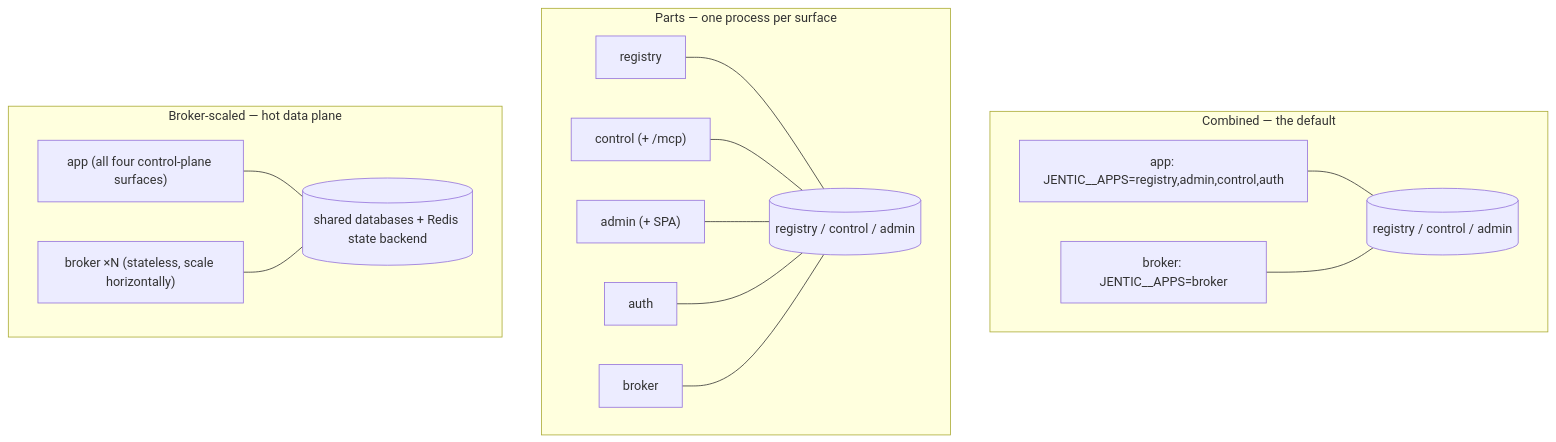
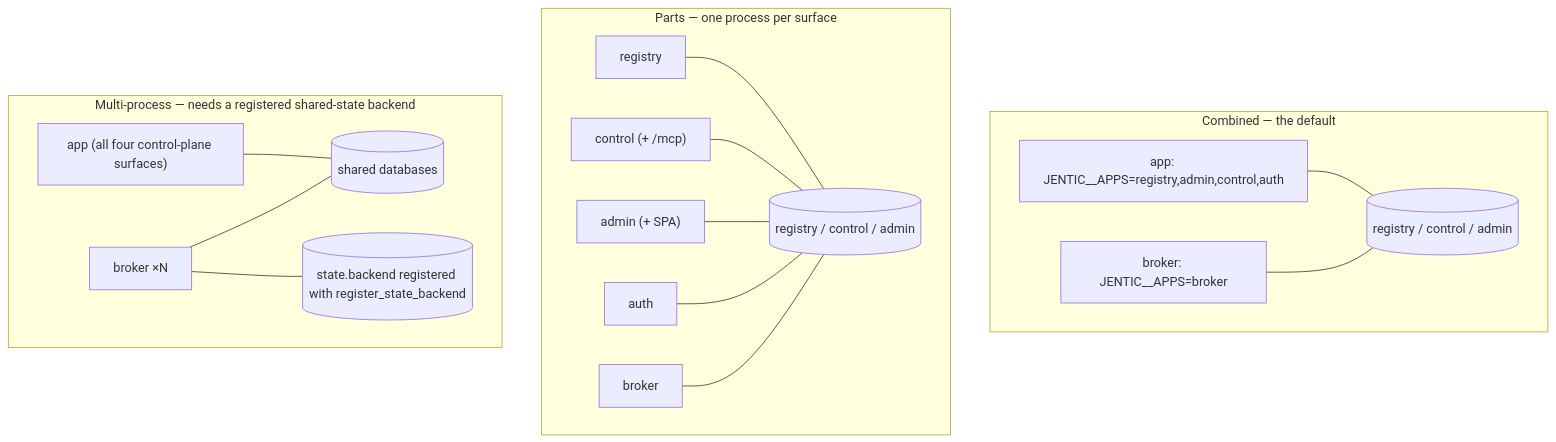
One commit to jentic/jentic-one changed the diagram in docs/architecture/composition-and-processes.md. Above: the diagram before and after it, drawn with Mermaid. The commit also changed other lines of this file and 6 other files, not shown here.

````diff
--- a/docs/architecture/composition-and-processes.md
+++ b/docs/architecture/composition-and-processes.md
@@ -58,32 +58,34 @@
 ```mermaid
 flowchart TB
     subgraph combined [Combined — the default]
         A1["app: JENTIC__APPS=registry,admin,control,auth"]
         B1["broker: JENTIC__APPS=broker"]
         D1[("registry / control / admin")]
         A1 --- D1
         B1 --- D1
     end
 
     subgraph parts [Parts — one process per surface]
         R2["registry"]
         C2["control (+ /mcp)"]
         M2["admin (+ SPA)"]
         U2["auth"]
         B2["broker"]
         D2[("registry / control / admin")]
         R2 --- D2
         C2 --- D2
         M2 --- D2
         U2 --- D2
         B2 --- D2
     end
 
-    subgraph edge [Broker-scaled — hot data plane]
+    subgraph edge [Multi-process — needs a registered shared-state backend]
         A3["app (all four control-plane surfaces)"]
-        B3a["broker ×N (stateless, scale horizontally)"]
-        D3[("shared databases + Redis state backend")]
+        B3a["broker ×N"]
+        D3[("shared databases")]
+        S3[("state.backend registered with register_state_backend")]
         A3 --- D3
         B3a --- D3
+        B3a --- S3
     end
 ```
````
